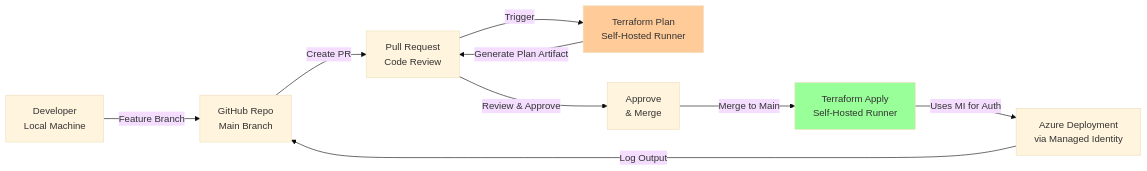
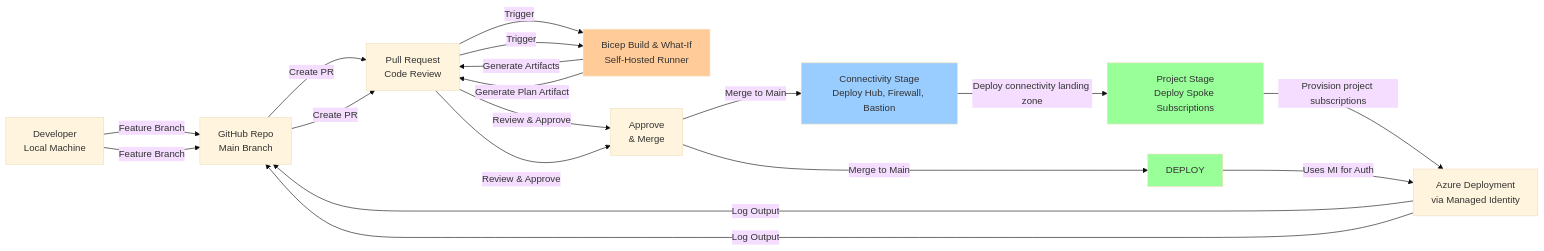
One commit to neetima27/AzureNamingTool changed the eighth of 10 diagrams in design/diagrams/ARCHITECTURE_DIAGRAMS.md. Above: the diagram before and after it, drawn with Mermaid (base theme). The commit also changed other lines of this file and 13 other files, not shown here.

````diff
--- a/design/diagrams/ARCHITECTURE_DIAGRAMS.md
+++ b/design/diagrams/ARCHITECTURE_DIAGRAMS.md
@@ -302,22 +304,35 @@
 ```mermaid
 graph LR
     DEV["Developer<br/>Local Machine"]
     REPO["GitHub Repo<br/>Main Branch"]
     PR["Pull Request<br/>Code Review"]
-    PLAN["Terraform Plan<br/>Self-Hosted Runner"]
+    PLAN["Bicep Build & What-If<br/>Self-Hosted Runner"]
     REVIEW["Approve<br/>& Merge"]
-    DEPLOY["Terraform Apply<br/>Self-Hosted Runner"]
+    CONNECT["Connectivity Stage<br/>Deploy Hub, Firewall, Bastion"]
+    PROJECT["Project Stage<br/>Deploy Spoke Subscriptions"]
     AZURE["Azure Deployment<br/>via Managed Identity"]
+    DEV -->|Feature Branch| REPO
+    REPO -->|Create PR| PR
+    PR -->|Trigger| PLAN
+    PLAN -->|Generate Artifacts| PR
+    PR -->|Review & Approve| REVIEW
+    REVIEW -->|Merge to Main| CONNECT
+    CONNECT -->|Deploy connectivity landing zone| PROJECT
+    PROJECT -->|Provision project subscriptions| AZURE
+    AZURE -->|Log Output| REPO
+    style PLAN fill:#ffcc99
+    style CONNECT fill:#99ccff
+    style PROJECT fill:#99ff99
     
     DEV -->|Feature Branch| REPO
     REPO -->|Create PR| PR
     PR -->|Trigger| PLAN
     PLAN -->|Generate Plan Artifact| PR
     PR -->|Review & Approve| REVIEW
     REVIEW -->|Merge to Main| DEPLOY
     DEPLOY -->|Uses MI for Auth| AZURE
     AZURE -->|Log Output| REPO
     
     style PLAN fill:#ffcc99
     style DEPLOY fill:#99ff99
 ```
````
